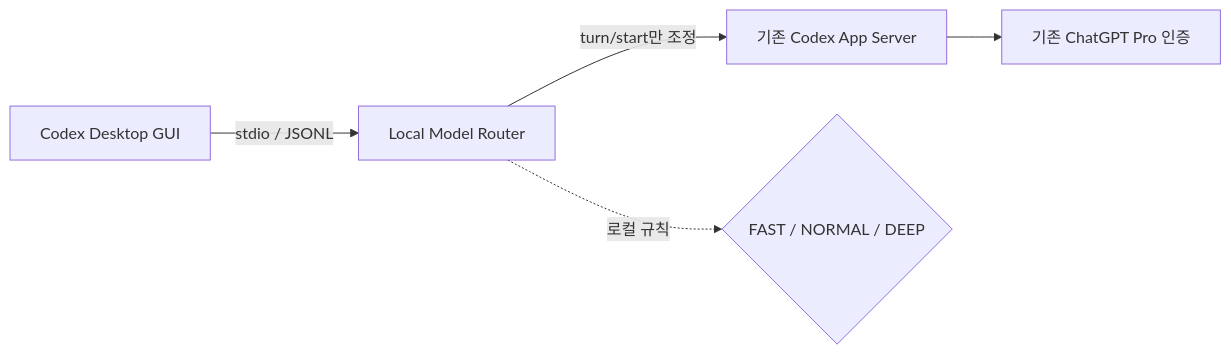
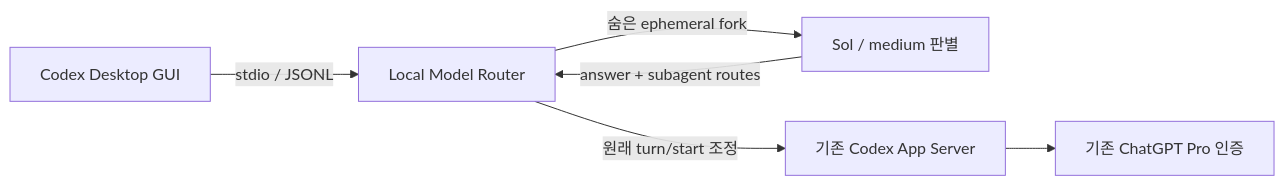
The diagram in README.md (dsaka2wip-cpu/Codex-Model-Router), drawn with Mermaid before and after one commit. The commit also changed other lines of this file and 11 other files, not shown here.

````diff
--- a/README.md
+++ b/README.md
@@ -52,7 +57,8 @@
 ```mermaid
 flowchart LR
     A[Codex Desktop GUI] -->|stdio / JSONL| B[Local Model Router]
-    B -->|turn/start만 조정| C[기존 Codex App Server]
+    B -->|숨은 ephemeral fork| E[Sol / medium 판별]
+    E -->|answer + subagent routes| B
+    B -->|원래 turn/start 조정| C[기존 Codex App Server]
     C --> D[기존 ChatGPT Pro 인증]
-    B -. 로컬 규칙 .-> E{FAST / NORMAL / DEEP}
 ```
````
